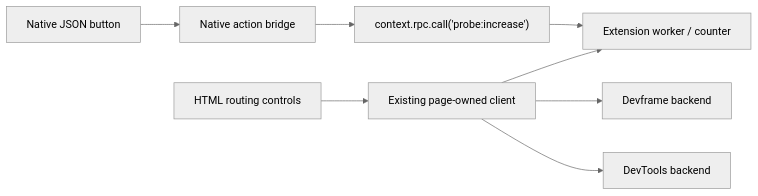
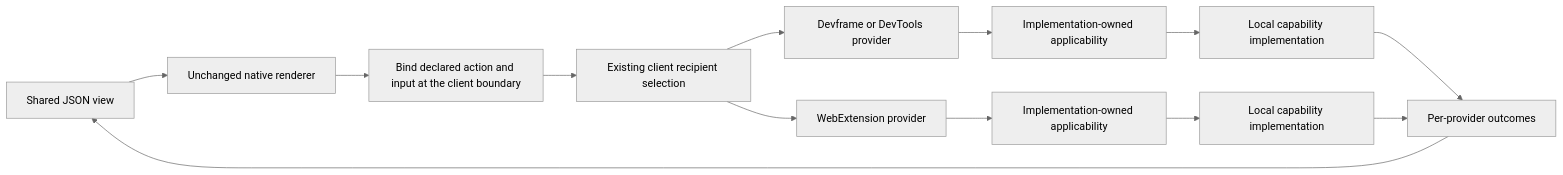
Before and after one commit to dvcol/devkit-extension: the diagram in docs/planning/012-json-routing-seam.md, drawn with Mermaid (neutral theme). The commit also changed other lines of this file and 1 other file, not shown here.

Commit message:
docs(renderer): keep portable dispatch behind native rendering (#12)

````diff
--- a/docs/planning/012-json-routing-seam.md
+++ b/docs/planning/012-json-routing-seam.md
@@ -9,10 +18,15 @@
 ```mermaid
 flowchart LR
-  JSON[Native JSON button] --> Bridge[Native action bridge]
-  Bridge --> Call["context.rpc.call('probe:increase')"]
-  Call --> Worker[Extension worker / counter]
-  HTML[HTML routing controls] --> Router[Existing page-owned client]
-  Router --> Worker
-  Router --> Devframe[Devframe backend]
-  Router --> Devtools[DevTools backend]
+  JSON[Shared JSON view] --> Renderer[Unchanged native renderer]
+  Renderer --> Binding[Bind declared action and input at the client boundary]
+  Binding --> Outgoing[Existing client recipient selection]
+  Outgoing --> Server[Devframe or DevTools provider]
+  Outgoing --> Extension[WebExtension provider]
+  Server --> ServerFilter[Implementation-owned applicability]
+  Extension --> ExtensionFilter[Implementation-owned applicability]
+  ServerFilter --> ServerService[Local capability implementation]
+  ExtensionFilter --> ExtensionService[Local capability implementation]
+  ServerService --> Results[Per-provider outcomes]
+  ExtensionService --> Results
+  Results --> JSON
 ```
````
